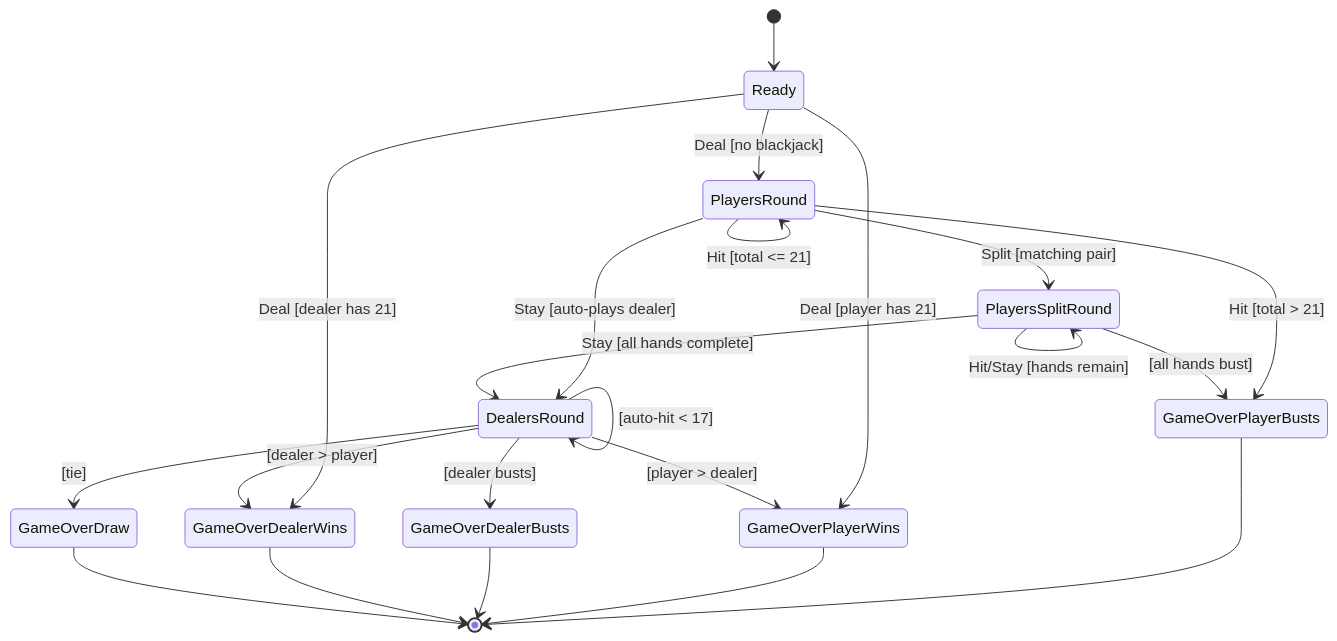
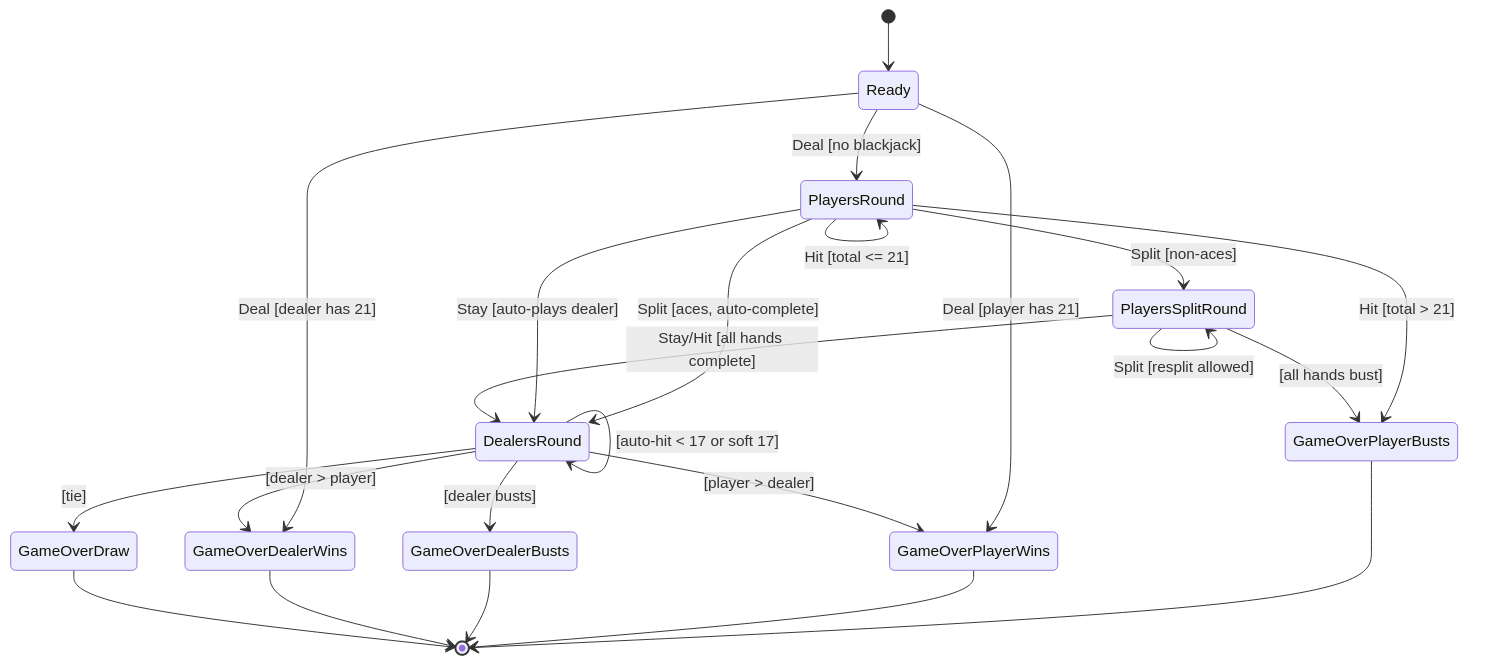
The diagram in docs/design/game-logic.md (j-brent/vingt-et-un), drawn with Mermaid before and after one commit. The commit also changed other lines of this file and 2 other files, not shown here.

````diff
--- a/docs/design/game-logic.md
+++ b/docs/design/game-logic.md
@@ -9,29 +9,32 @@
 ```mermaid
 stateDiagram-v2
     [*] --> Ready
 
     Ready --> PlayersRound : Deal [no blackjack]
     Ready --> GameOverPlayerWins : Deal [player has 21]
     Ready --> GameOverDealerWins : Deal [dealer has 21]
 
     PlayersRound --> PlayersRound : Hit [total <= 21]
     PlayersRound --> GameOverPlayerBusts : Hit [total > 21]
-    PlayersRound --> PlayersSplitRound : Split [matching pair]
+    PlayersRound --> PlayersSplitRound : Split [non-aces]
+    PlayersRound --> DealersRound : Split [aces, auto-complete]
     PlayersRound --> DealersRound : Stay [auto-plays dealer]
 
-    PlayersSplitRound --> PlayersSplitRound : Hit/Stay [hands remain]
-    PlayersSplitRound --> DealersRound : Stay [all hands complete]
+    PlayersSplitRound --> PlayersSplitRound : Hit [not bust, hands remain]
+    PlayersSplitRound --> PlayersSplitRound : Stay [hands remain]
+    PlayersSplitRound --> PlayersSplitRound : Split [resplit allowed]
+    PlayersSplitRound --> DealersRound : Stay/Hit [all hands complete]
     PlayersSplitRound --> GameOverPlayerBusts : [all hands bust]
 
-    DealersRound --> DealersRound : [auto-hit < 17]
+    DealersRound --> DealersRound : [auto-hit < 17 or soft 17]
     DealersRound --> GameOverDealerBusts : [dealer busts]
     DealersRound --> GameOverPlayerWins : [player > dealer]
     DealersRound --> GameOverDealerWins : [dealer > player]
     DealersRound --> GameOverDraw : [tie]
 
     GameOverPlayerBusts --> [*]
     GameOverPlayerWins --> [*]
     GameOverDealerBusts --> [*]
     GameOverDealerWins --> [*]
     GameOverDraw --> [*]
 ```
````
